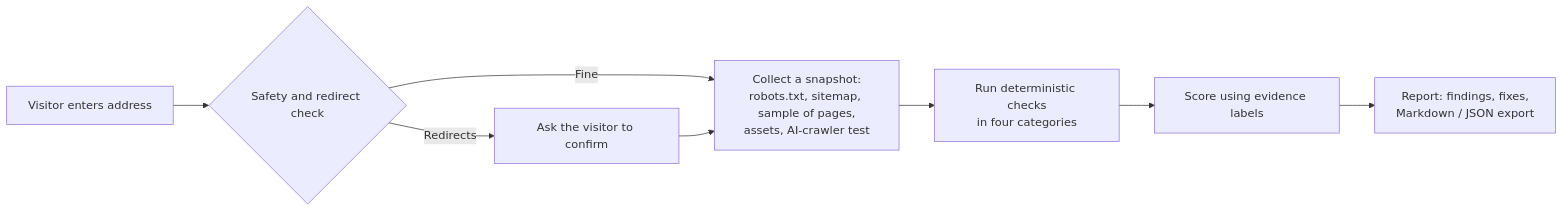
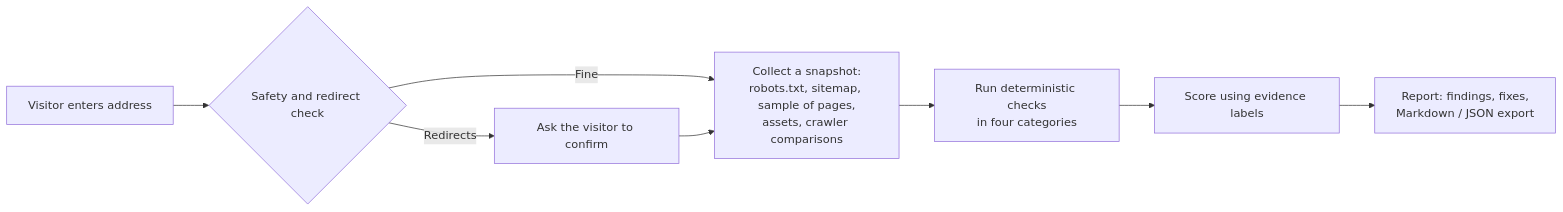
The diagram in README.md (leewoodconsult/readme-website-seo-quality-test), drawn with Mermaid before and after one commit. The commit also changed other lines of this file and 2 other files, not shown here.

````diff
--- a/README.md
+++ b/README.md
@@ -90,10 +87,10 @@
 ```mermaid
 flowchart LR
   A[Visitor enters address] --> B{Safety and redirect check}
   B -->|Redirects| C[Ask the visitor to confirm]
-  B -->|Fine| D[Collect a snapshot:<br/>robots.txt, sitemap, sample of pages,<br/>assets, AI-crawler test]
+  B -->|Fine| D[Collect a snapshot:<br/>robots.txt, sitemap, sample of pages,<br/>assets, crawler comparisons]
   C --> D
   D --> E[Run deterministic checks<br/>in four categories]
   E --> F[Score using evidence labels]
   F --> G[Report: findings, fixes,<br/>Markdown / JSON export]
 ```
````
